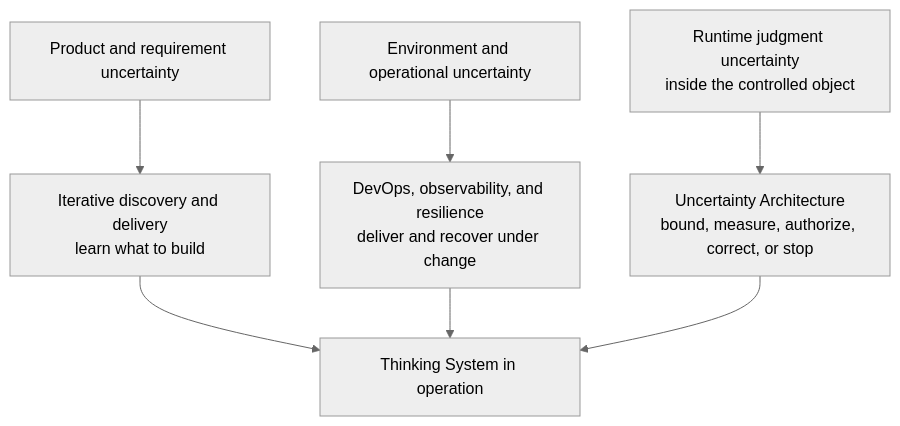
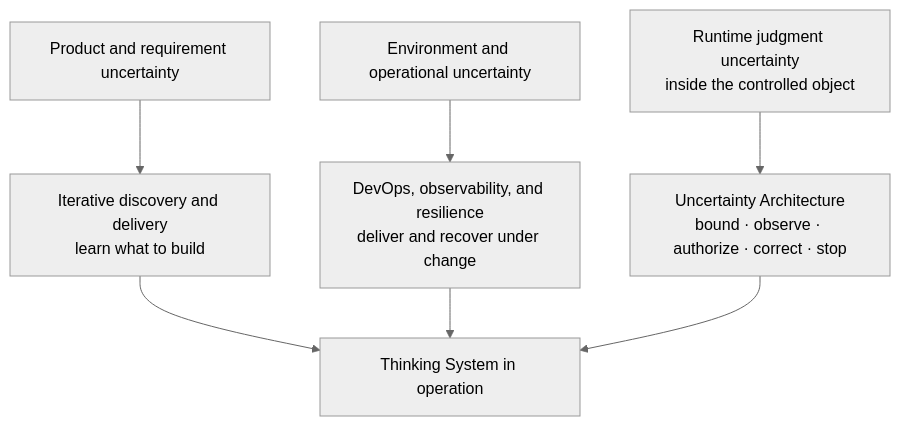
Before and after one commit to UncertaintyArchitectureGroup/uncertainty-architecture: the first of 3 diagrams in README.md, drawn with Mermaid (neutral theme). The commit also changed other lines of this file, not shown here.

````diff
--- a/README.md
+++ b/README.md
@@ -31,17 +31,17 @@
 ```mermaid
 flowchart TB
     P[Product and requirement uncertainty]
     A[Iterative discovery and delivery<br/>learn what to build]
     O[Environment and operational uncertainty]
     D[DevOps, observability, and resilience<br/>deliver and recover under change]
     J[Runtime judgment uncertainty<br/>inside the controlled object]
-    U[Uncertainty Architecture<br/>bound, measure, authorize, correct, or stop]
+    U[Uncertainty Architecture<br/>bound · observe · authorize · correct · stop]
 
     P --> A
     O --> D
     J --> U
 
     A --> S[Thinking System in operation]
     D --> S
     U --> S
 ```
````
